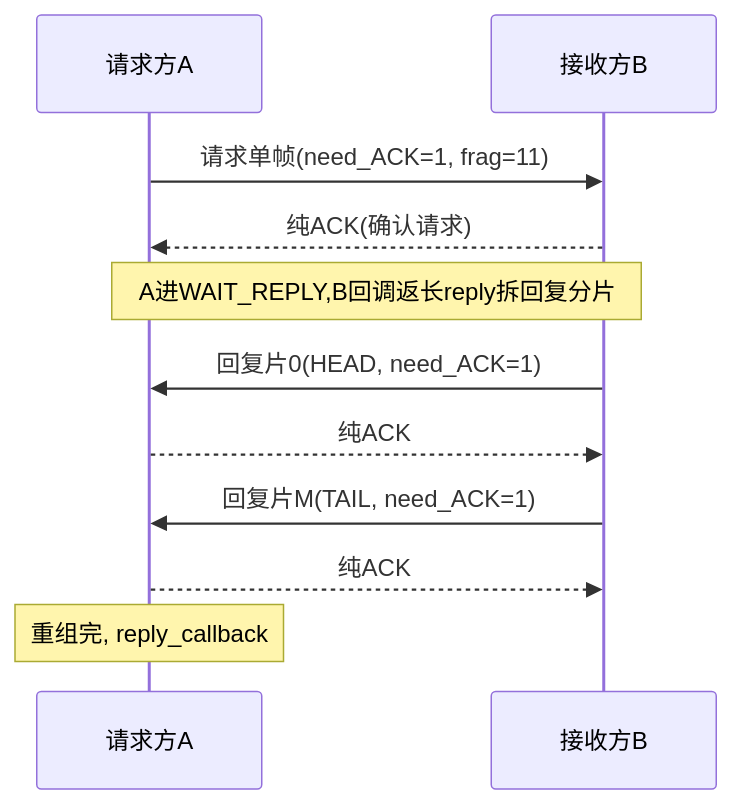
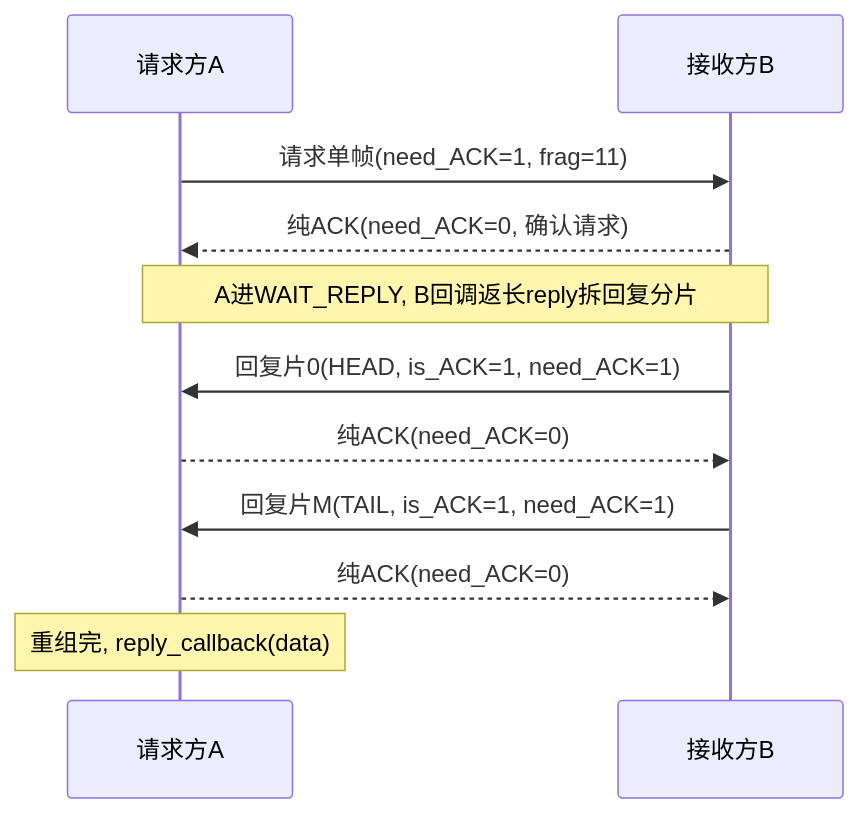
The third of 13 diagrams in 工作/项目/代码/260401S3分拣面板-SIA-R9000P.md (Siaiai/ObsidianNote), drawn with Mermaid before and after one commit. The commit also changed other lines of this file, not shown here.

````diff
--- a/工作/项目/代码/260401S3分拣面板-SIA-R9000P.md
+++ b/工作/项目/代码/260401S3分拣面板-SIA-R9000P.md
@@ -95,13 +131,13 @@
 ```mermaid
 sequenceDiagram
     participant A as 请求方A
     participant B as 接收方B
     A->>B: 请求单帧(need_ACK=1, frag=11)
-    B-->>A: 纯ACK(确认请求)
-    Note over A,B: A进WAIT_REPLY,B回调返长reply拆回复分片
-    B->>A: 回复片0(HEAD, need_ACK=1)
-    A-->>B: 纯ACK
-    B->>A: 回复片M(TAIL, need_ACK=1)
-    A-->>B: 纯ACK
-    Note over A: 重组完, reply_callback
+    B-->>A: 纯ACK(need_ACK=0, 确认请求)
+    Note over A,B: A进WAIT_REPLY, B回调返长reply拆回复分片
+    B->>A: 回复片0(HEAD, is_ACK=1, need_ACK=1)
+    A-->>B: 纯ACK(need_ACK=0)
+    B->>A: 回复片M(TAIL, is_ACK=1, need_ACK=1)
+    A-->>B: 纯ACK(need_ACK=0)
+    Note over A: 重组完, reply_callback(data)
 ```
````
